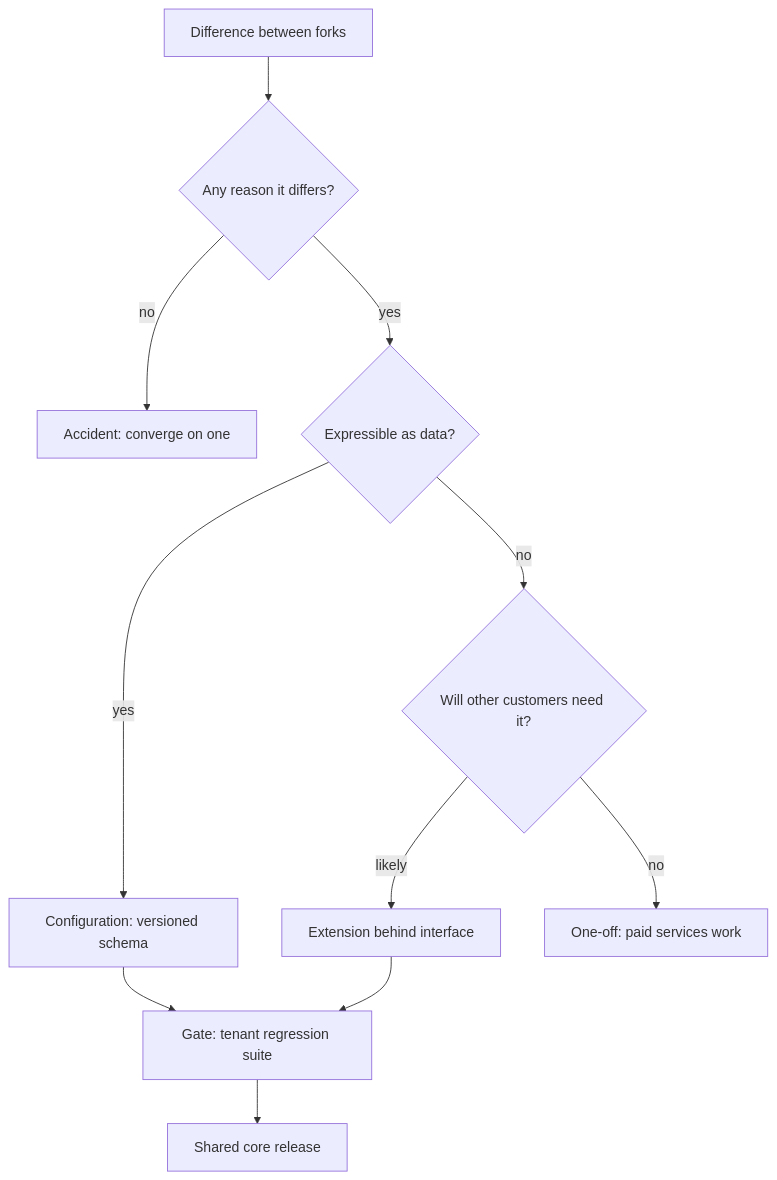
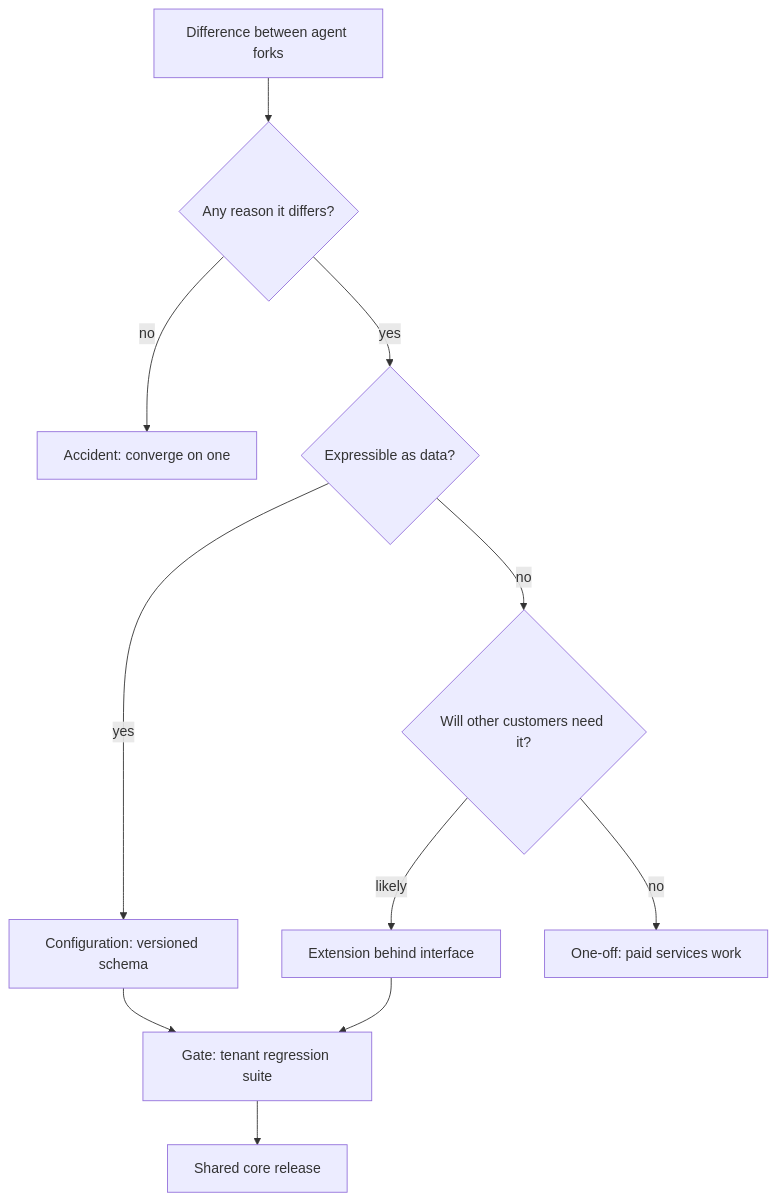
One commit to lovishmahajan97/agentic-learning changed the diagram in content/delivery-ownership/productizing-repeated-customer-solutions.md. Above: the diagram before and after it, drawn with Mermaid. The commit also changed other lines of this file and 454 other files, not shown here.

````diff
--- a/content/delivery-ownership/productizing-repeated-customer-solutions.md
+++ b/content/delivery-ownership/productizing-repeated-customer-solutions.md
@@ -106,13 +134,13 @@
 ```mermaid
 flowchart TD
-    D["Difference between forks"] --> Q1{"Any reason it differs?"}
+    D["Difference between agent forks"] --> Q1{"Any reason it differs?"}
     Q1 -->|"no"| A["Accident: converge on one"]
     Q1 -->|"yes"| Q2{"Expressible as data?"}
     Q2 -->|"yes"| C["Configuration: versioned schema"]
     Q2 -->|"no"| Q3{"Will other customers need it?"}
     Q3 -->|"likely"| E["Extension behind interface"]
     Q3 -->|"no"| O["One-off: paid services work"]
     C --> G["Gate: tenant regression suite"]
     E --> G
     G --> P["Shared core release"]
 ```
````
